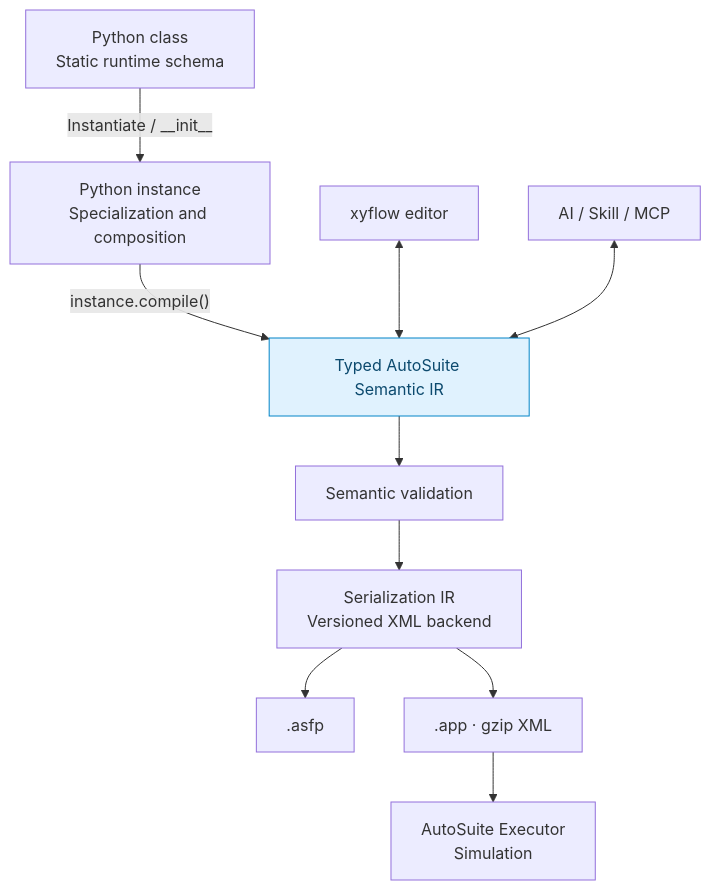
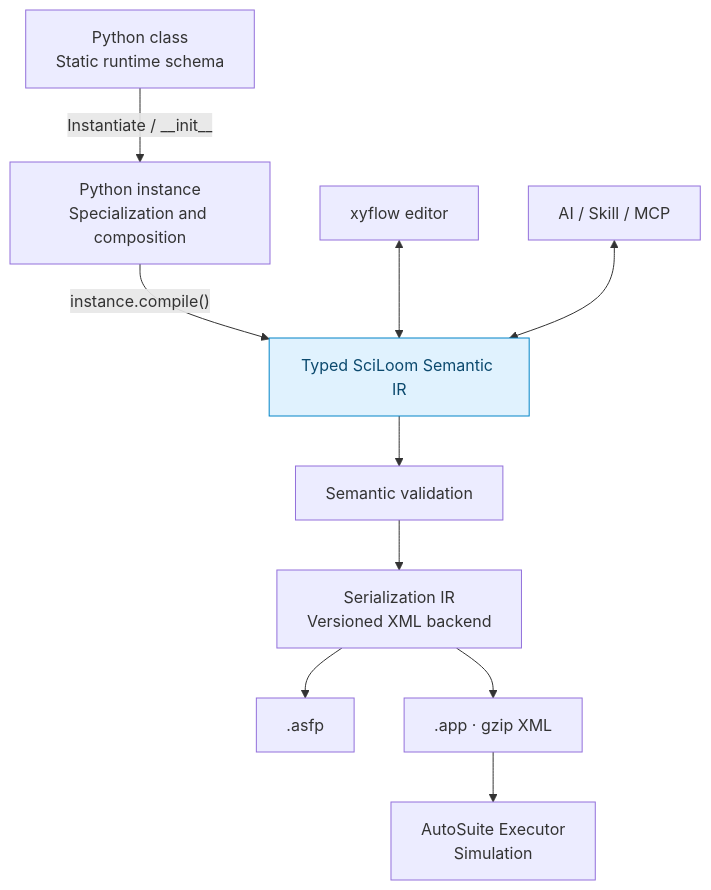
Before and after one commit to TsumiNa/sciloom: the diagram in docs/00_PROJECT_STATE.md, drawn with Mermaid. The commit also changed 34 other files, not shown here.

First line of the commit message:
Define independently executable SciLoom IR semantics (#7)

````diff
--- a/docs/00_PROJECT_STATE.md
+++ b/docs/00_PROJECT_STATE.md
@@ -16,14 +16,14 @@
 ```mermaid
 flowchart TB
     Class["Python class<br/>Static runtime schema"] -->|"Instantiate / __init__"| Instance["Python instance<br/>Specialization and composition"]
-    Instance -->|"instance.compile()"| IR["Typed AutoSuite Semantic IR"]
+    Instance -->|"instance.compile()"| IR["Typed SciLoom Semantic IR"]
     GUI["xyflow editor"] <--> IR
     AI["AI / Skill / MCP"] <--> IR
     IR --> Validate["Semantic validation"]
     Validate --> Backend["Serialization IR<br/>Versioned XML backend"]
     Backend --> ASFP[".asfp"]
     Backend --> APP[".app · gzip XML"]
     APP --> Executor["AutoSuite Executor<br/>Simulation"]
     classDef core fill:#e0f2fe,stroke:#0284c7,color:#0c4a6e;
     class IR core;
 ```
````
